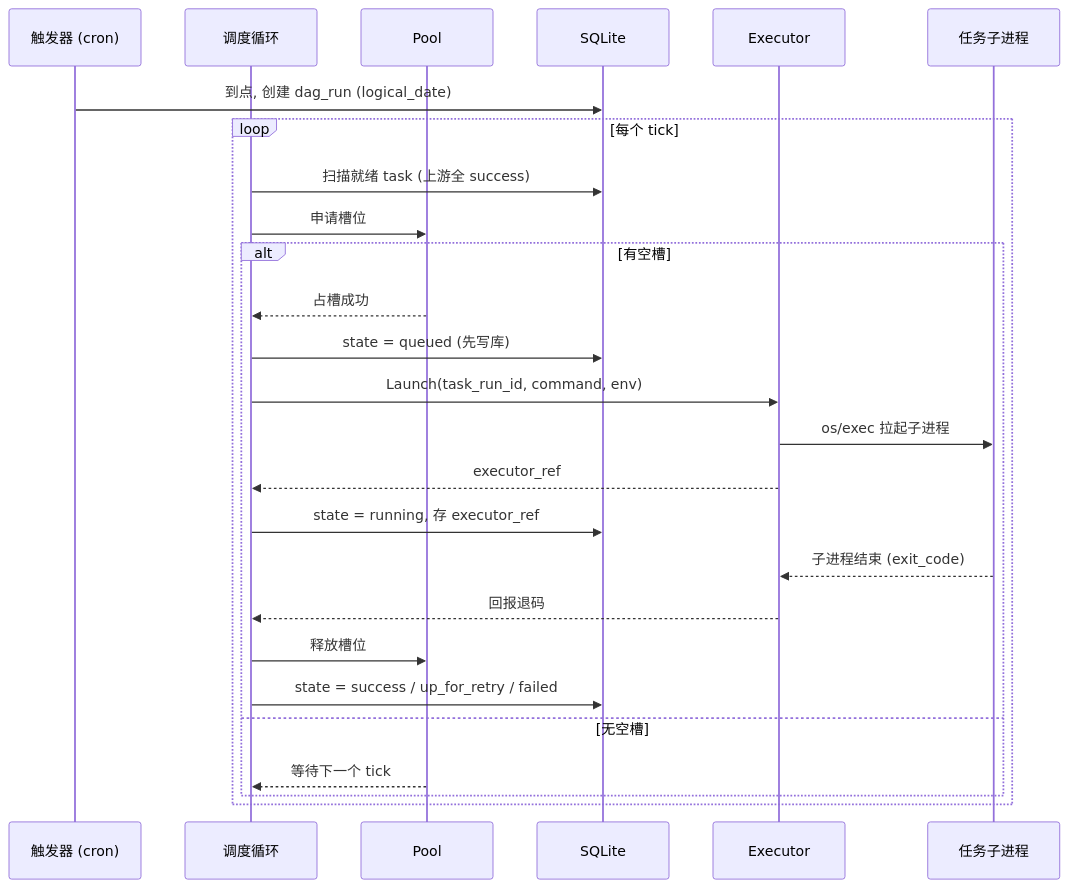
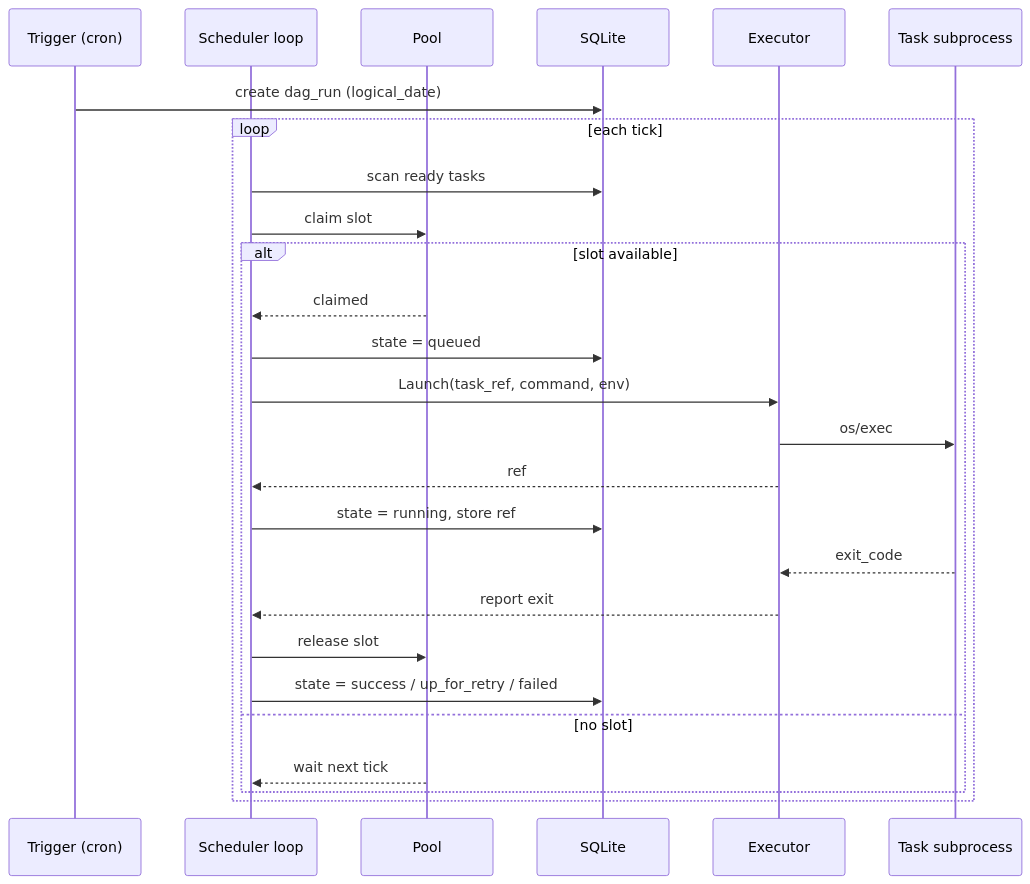
Before and after one commit to ako74programmer/poc-cronova-windows: the ninth of 10 diagrams in docs/ARCHITECTURE.md, drawn with Mermaid. The commit also changed other lines of this file and 10 other files, not shown here.

Commit message:
docs: rewrite ARCHITECTURE in English + Polish, sync embedded docs, add to KB and nav, remove Chinese UI refs

````diff
--- a/docs/ARCHITECTURE.md
+++ b/docs/ARCHITECTURE.md
@@ -579,29 +555,29 @@
 ```mermaid
 sequenceDiagram
-    participant T as 触发器 (cron)
-    participant L as 调度循环
+    participant T as Trigger (cron)
+    participant L as Scheduler loop
     participant P as Pool
     participant DB as SQLite
     participant E as Executor
-    participant Proc as 任务子进程
+    participant Proc as Task subprocess
 
-    T->>DB: 到点, 创建 dag_run (logical_date)
-    loop 每个 tick
-        L->>DB: 扫描就绪 task (上游全 success)
-        L->>P: 申请槽位
-        alt 有空槽
-            P-->>L: 占槽成功
-            L->>DB: state = queued (先写库)
-            L->>E: Launch(task_run_id, command, env)
-            E->>Proc: os/exec 拉起子进程
-            E-->>L: executor_ref
-            L->>DB: state = running, 存 executor_ref
-            Proc-->>E: 子进程结束 (exit_code)
-            E-->>L: 回报退码
-            L->>P: 释放槽位
+    T->>DB: create dag_run (logical_date)
+    loop each tick
+        L->>DB: scan ready tasks
+        L->>P: claim slot
+        alt slot available
+            P-->>L: claimed
+            L->>DB: state = queued
+            L->>E: Launch(task_ref, command, env)
+            E->>Proc: os/exec
+            E-->>L: ref
+            L->>DB: state = running, store ref
+            Proc-->>E: exit_code
+            E-->>L: report exit
+            L->>P: release slot
             L->>DB: state = success / up_for_retry / failed
-        else 无空槽
-            P-->>L: 等待下一个 tick
+        else no slot
+            P-->>L: wait next tick
         end
     end
 ```
````
